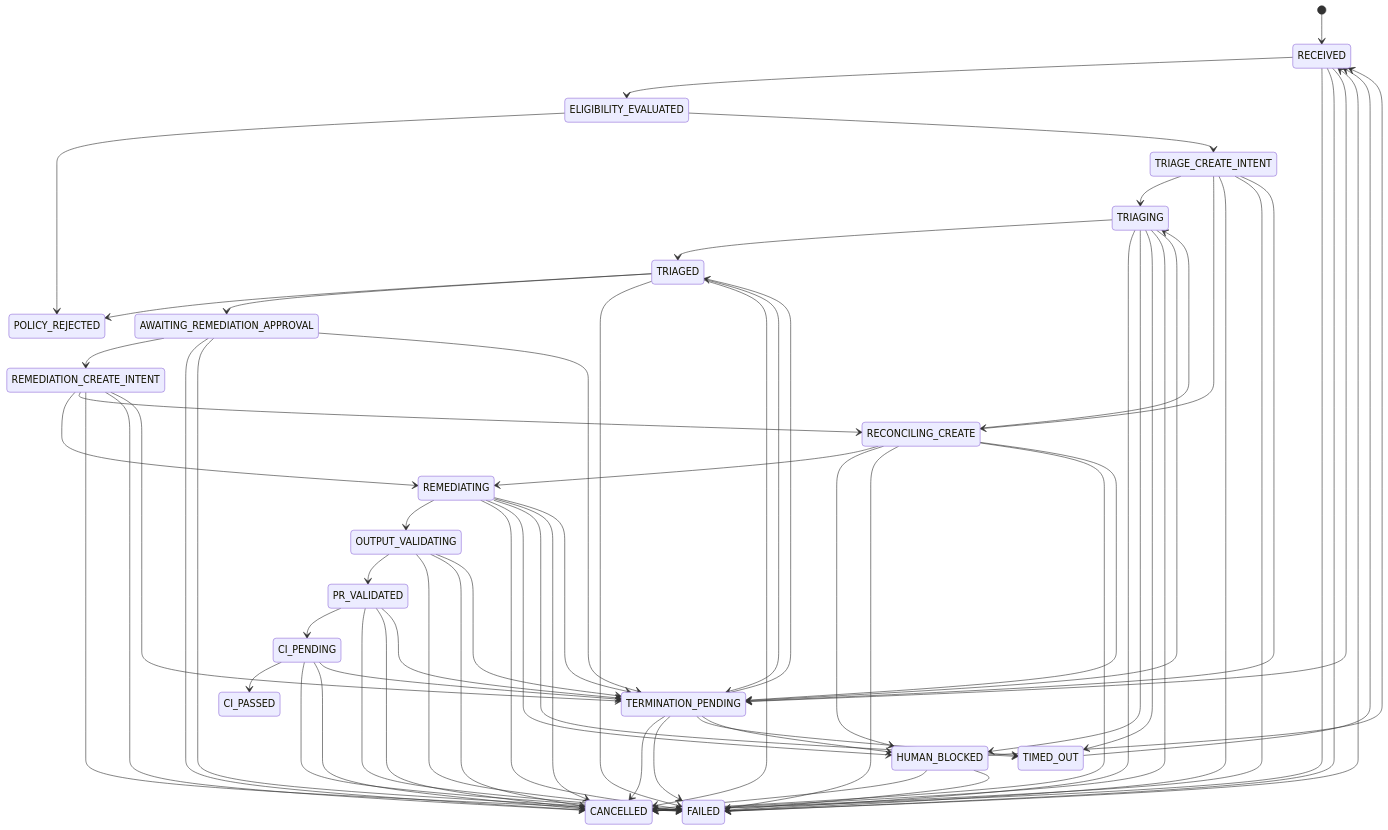
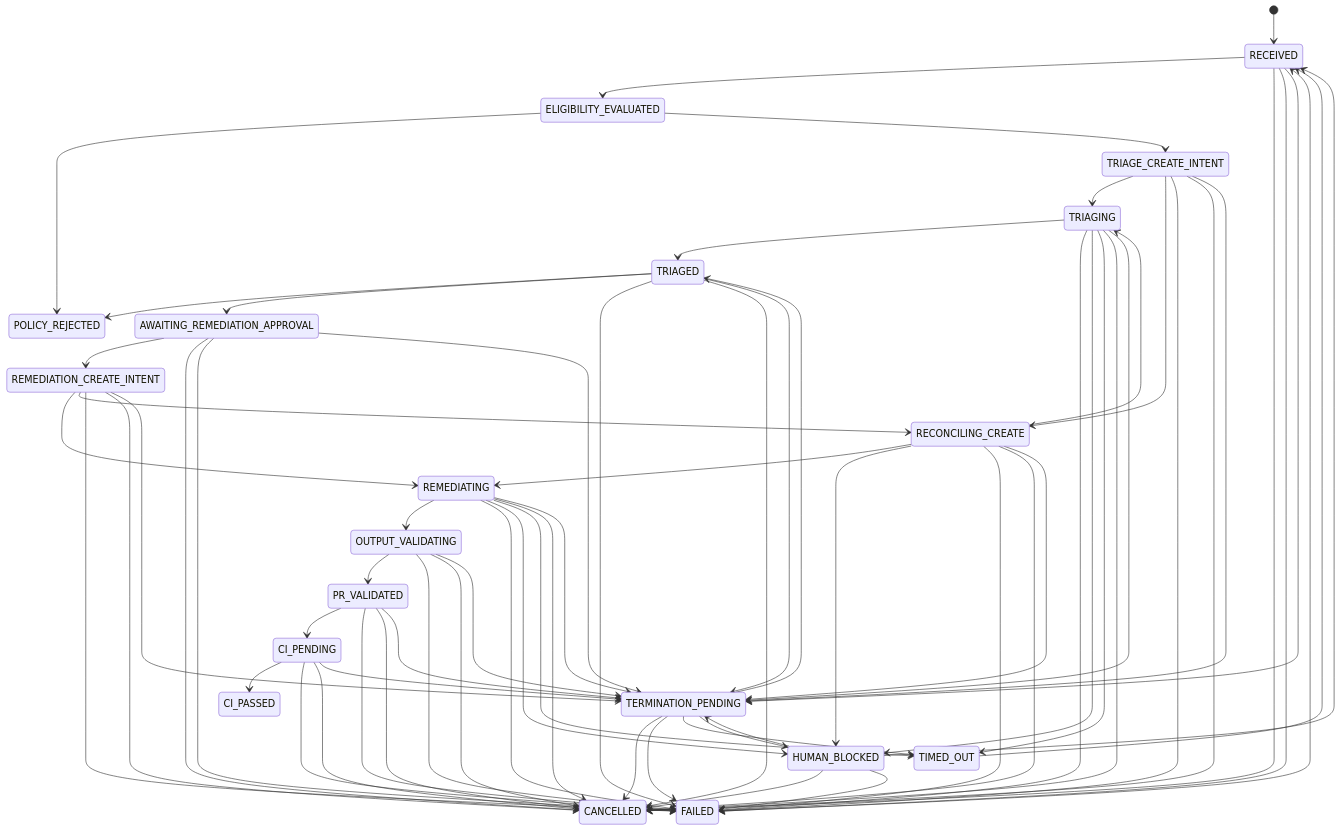
Before and after one commit to marcelaubry/superset-devin-remediator: the second of 2 diagrams in docs/architecture.md, drawn with Mermaid. The commit also changed other lines of this file and 16 other files, not shown here.

````diff
--- a/docs/architecture.md
+++ b/docs/architecture.md
@@ -125,69 +148,70 @@
 ```mermaid
 stateDiagram-v2
   [*] --> RECEIVED
   RECEIVED --> ELIGIBILITY_EVALUATED
   ELIGIBILITY_EVALUATED --> POLICY_REJECTED
   ELIGIBILITY_EVALUATED --> TRIAGE_CREATE_INTENT
   TRIAGE_CREATE_INTENT --> TRIAGING
   TRIAGE_CREATE_INTENT --> RECONCILING_CREATE
   TRIAGE_CREATE_INTENT --> FAILED
   TRIAGE_CREATE_INTENT --> CANCELLED
   TRIAGE_CREATE_INTENT --> TERMINATION_PENDING
   TRIAGING --> TRIAGED
   TRIAGING --> FAILED
   TRIAGING --> HUMAN_BLOCKED
   TRIAGING --> TIMED_OUT
   TRIAGED --> POLICY_REJECTED
   TRIAGED --> AWAITING_REMEDIATION_APPROVAL
   TRIAGED --> FAILED
   TRIAGED --> CANCELLED
   TRIAGED --> TERMINATION_PENDING
   AWAITING_REMEDIATION_APPROVAL --> REMEDIATION_CREATE_INTENT
   AWAITING_REMEDIATION_APPROVAL --> CANCELLED
   AWAITING_REMEDIATION_APPROVAL --> FAILED
   REMEDIATION_CREATE_INTENT --> REMEDIATING
   REMEDIATION_CREATE_INTENT --> RECONCILING_CREATE
   REMEDIATION_CREATE_INTENT --> FAILED
   REMEDIATION_CREATE_INTENT --> CANCELLED
   REMEDIATION_CREATE_INTENT --> TERMINATION_PENDING
   REMEDIATING --> OUTPUT_VALIDATING
   REMEDIATING --> FAILED
   REMEDIATING --> HUMAN_BLOCKED
   REMEDIATING --> TIMED_OUT
   OUTPUT_VALIDATING --> PR_VALIDATED
   OUTPUT_VALIDATING --> FAILED
   OUTPUT_VALIDATING --> CANCELLED
   OUTPUT_VALIDATING --> TERMINATION_PENDING
   PR_VALIDATED --> CI_PENDING
   PR_VALIDATED --> FAILED
   PR_VALIDATED --> CANCELLED
   PR_VALIDATED --> TERMINATION_PENDING
   CI_PENDING --> CI_PASSED
   CI_PENDING --> FAILED
   CI_PENDING --> CANCELLED
   CI_PENDING --> TERMINATION_PENDING
   HUMAN_BLOCKED --> RECEIVED
   HUMAN_BLOCKED --> CANCELLED
   HUMAN_BLOCKED --> FAILED
+  HUMAN_BLOCKED --> TERMINATION_PENDING
   FAILED --> RECEIVED
   TIMED_OUT --> RECEIVED
   TERMINATION_PENDING --> CANCELLED
   TERMINATION_PENDING --> FAILED
   RECEIVED --> CANCELLED
   RECEIVED --> FAILED
   RECEIVED --> TERMINATION_PENDING
   TRIAGING --> CANCELLED
   TRIAGING --> TERMINATION_PENDING
   REMEDIATING --> CANCELLED
   REMEDIATING --> TERMINATION_PENDING
   AWAITING_REMEDIATION_APPROVAL --> TERMINATION_PENDING
   RECONCILING_CREATE --> TRIAGING
   RECONCILING_CREATE --> REMEDIATING
   RECONCILING_CREATE --> HUMAN_BLOCKED
   RECONCILING_CREATE --> FAILED
   RECONCILING_CREATE --> CANCELLED
   RECONCILING_CREATE --> TERMINATION_PENDING
   TERMINATION_PENDING --> TIMED_OUT
   TERMINATION_PENDING --> TRIAGED
   TERMINATION_PENDING --> HUMAN_BLOCKED
 ```
````
